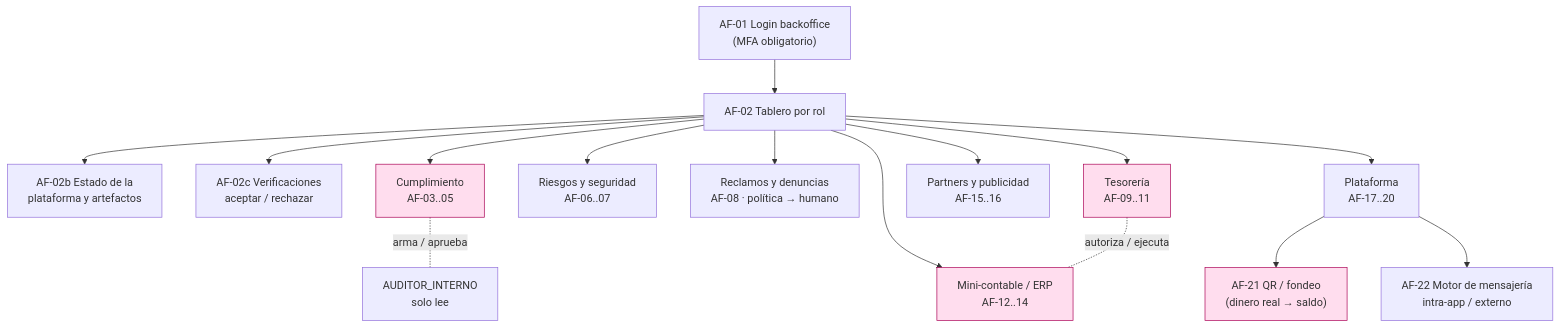
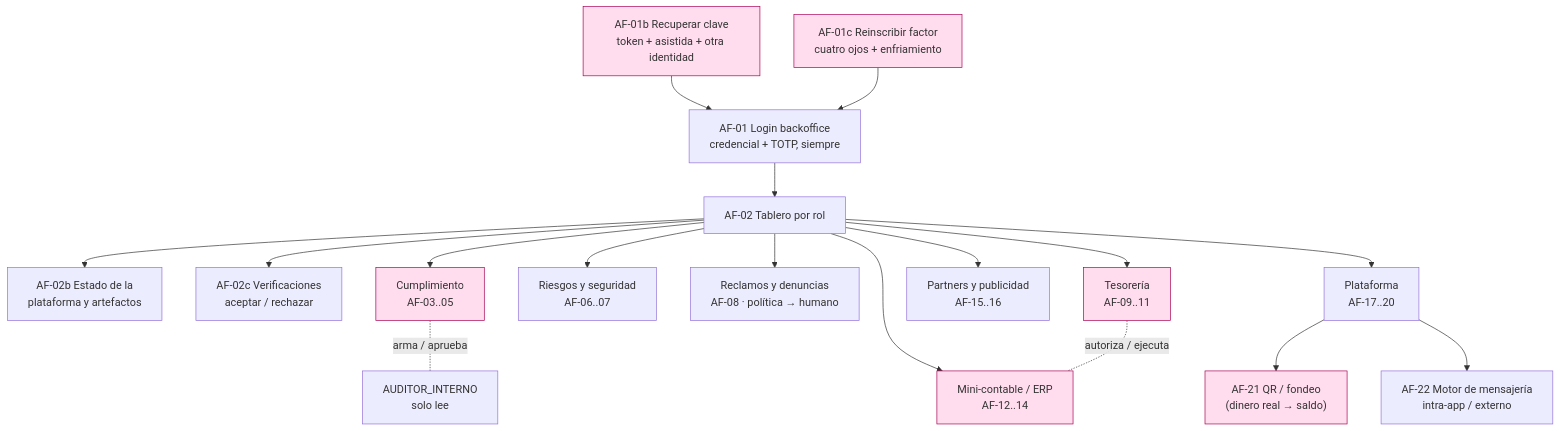
One commit to PabloArauzCaballero/aportayaDoc changed the diagram in docs/Flujo funcional · usuario administrador.md. Above: the diagram before and after it, drawn with Mermaid. The commit also changed other lines of this file and 45 other files, not shown here.

````diff
--- a/docs/Flujo funcional · usuario administrador.md
+++ b/docs/Flujo funcional · usuario administrador.md
@@ -310,21 +374,23 @@
 ```mermaid
 flowchart TD
-    L["AF-01 Login backoffice<br/>(MFA obligatorio)"] --> D["AF-02 Tablero por rol"]
+    L["AF-01 Login backoffice<br/>credencial + TOTP, siempre"] --> D["AF-02 Tablero por rol"]
+    REC["AF-01b Recuperar clave<br/>token + asistida + otra identidad"] --> L
+    RIN["AF-01c Reinscribir factor<br/>cuatro ojos + enfriamiento"] --> L
     D --> EST["AF-02b Estado de la<br/>plataforma y artefactos"]
     D --> VER["AF-02c Verificaciones<br/>aceptar / rechazar"]
     D --> CUMP["Cumplimiento<br/>AF-03..05"]
     D --> RS["Riesgos y seguridad<br/>AF-06..07"]
     D --> SOP["Reclamos y denuncias<br/>AF-08 · política → humano"]
     D --> TES["Tesorería<br/>AF-09..11"]
     D --> CTB["Mini-contable / ERP<br/>AF-12..14"]
     D --> PUB["Partners y publicidad<br/>AF-15..16"]
     D --> ADM["Plataforma<br/>AF-17..20"]
     ADM --> QR["AF-21 QR / fondeo<br/>(dinero real → saldo)"]
     ADM --> MSG["AF-22 Motor de mensajería<br/>intra-app / externo"]
 
     TES -. "autoriza / ejecuta" .- CTB
     CUMP -. "arma / aprueba" .- AUD["AUDITOR_INTERNO<br/>solo lee"]
 
     classDef seg fill:#fde,stroke:#a05;
-    class TES,CTB,CUMP,QR seg;
+    class TES,CTB,CUMP,QR,REC,RIN seg;
 ```
````
